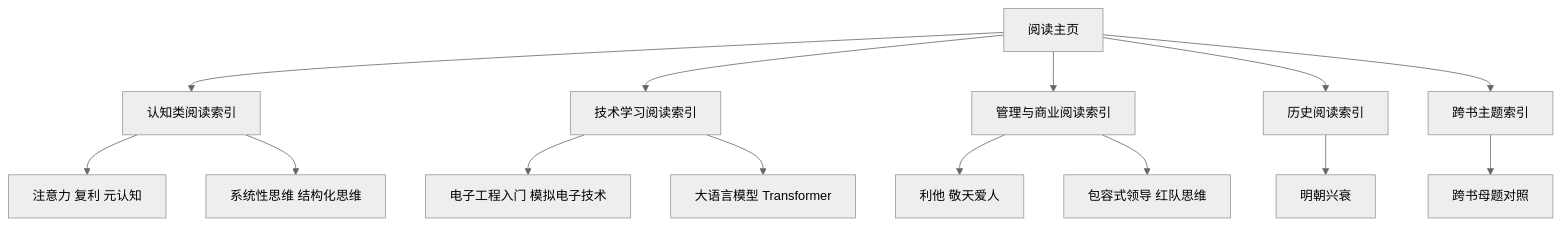
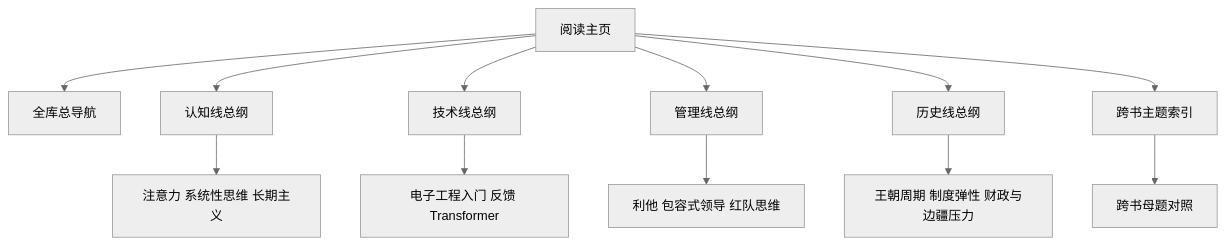
Before and after one commit to zhuguang-ZFG/reading: the diagram in 欢迎.md, drawn with Mermaid (neutral theme). The commit also changed other lines of this file and 2 other files, not shown here.

````diff
--- a/欢迎.md
+++ b/欢迎.md
@@ -16,18 +18,16 @@
 ```mermaid
 flowchart TD
     A[阅读主页]
-    A --> B[认知类阅读索引]
-    A --> C[技术学习阅读索引]
-    A --> D[管理与商业阅读索引]
-    A --> E[历史阅读索引]
-    A --> F[跨书主题索引]
+    A --> B[全库总导航]
+    A --> C[认知线总纲]
+    A --> D[技术线总纲]
+    A --> E[管理线总纲]
+    A --> F[历史线总纲]
+    A --> G[跨书主题索引]
 
-    B --> G[注意力 复利 元认知]
-    B --> H[系统性思维 结构化思维]
-    C --> I[电子工程入门 模拟电子技术]
-    C --> J[大语言模型 Transformer]
-    D --> K[利他 敬天爱人]
-    D --> L[包容式领导 红队思维]
-    E --> M[明朝兴衰]
-    F --> N[跨书母题对照]
+    C --> H[注意力 系统性思维 长期主义]
+    D --> I[电子工程入门 反馈 Transformer]
+    E --> J[利他 包容式领导 红队思维]
+    F --> K[王朝周期 制度弹性 财政与边疆压力]
+    G --> L[跨书母题对照]
 ```
````
